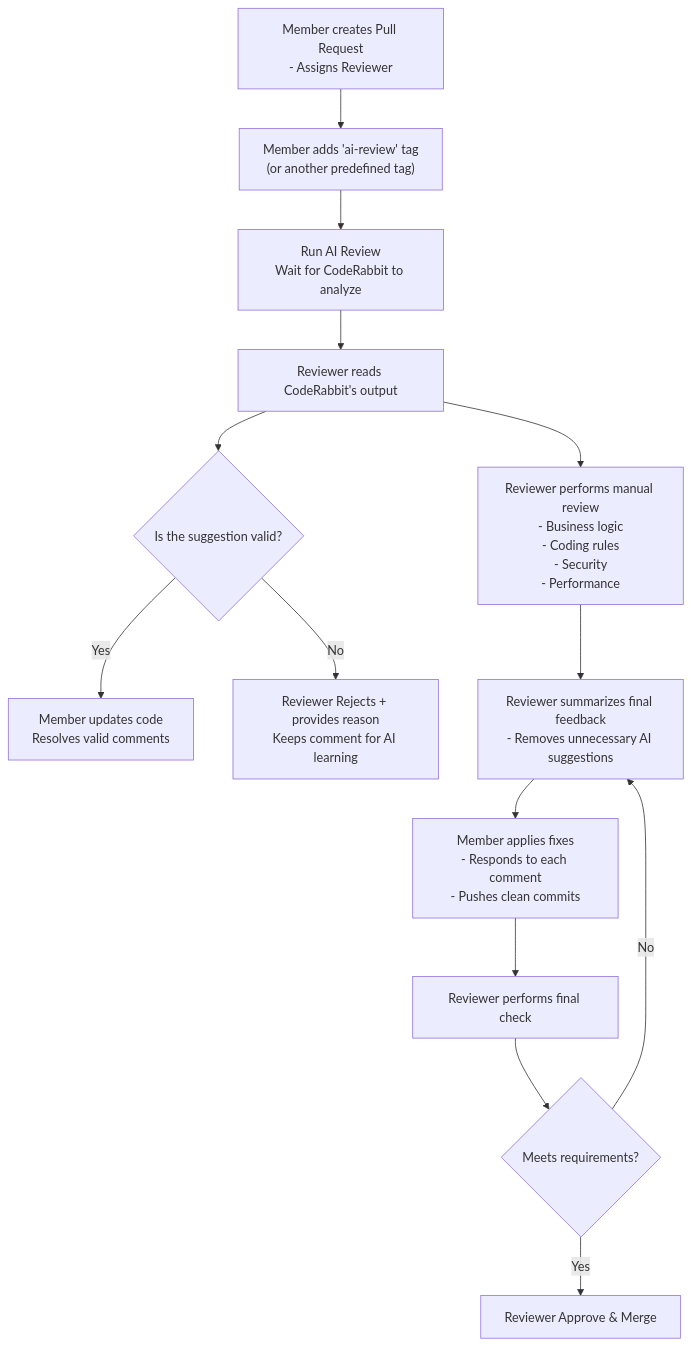
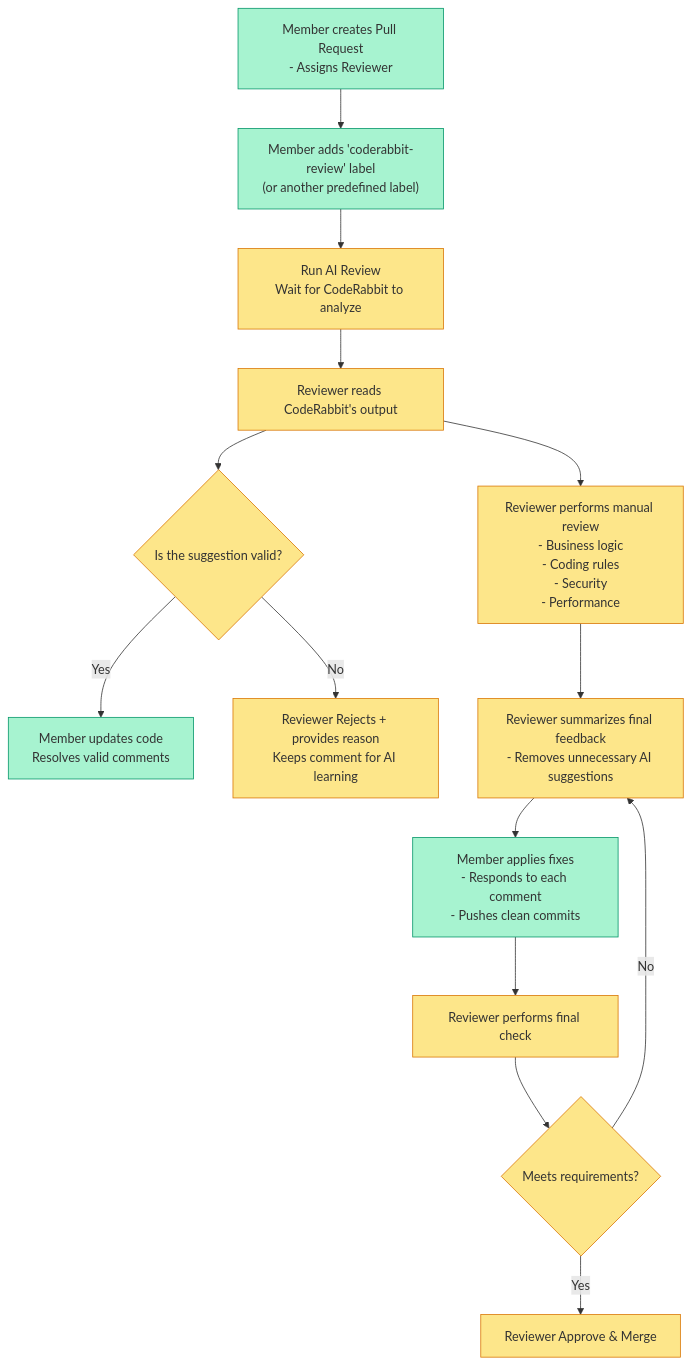
The diagram in README.md (BWV-Dev/bwv-code-review), drawn with Mermaid before and after one commit. The commit also changed other lines of this file, not shown here.

Commit message:
Adjust general review rules

````diff
--- a/README.md
+++ b/README.md
@@ -52,23 +54,40 @@
 ```mermaid
 graph TD
-    A["Member creates Pull Request<br/>- Assigns Reviewer"] --> B["Member adds 'ai-review' tag<br/>(or another predefined tag)"]
+    A["Member creates Pull Request<br/>- Assigns Reviewer"] --> B["Member adds 'coderabbit-review' label<br/>(or another predefined label)"]
     B --> C["Run AI Review<br/>Wait for CodeRabbit to analyze"]
     
     C --> D["Reviewer reads CodeRabbit's output"]
     D --> D1{"Is the suggestion valid?"}
     
     D1 -->|Yes| D2["Member updates code<br/>Resolves valid comments"]
     D1 -->|No| D3["Reviewer Rejects + provides reason<br/>Keeps comment for AI learning"]
     
     D --> E["Reviewer performs manual review<br/>- Business logic<br/>- Coding rules<br/>- Security<br/>- Performance"]
     
     E --> F["Reviewer summarizes final feedback<br/>- Removes unnecessary AI suggestions"]
     
     F --> G["Member applies fixes<br/>- Responds to each comment<br/>- Pushes clean commits"]
     
     G --> H["Reviewer performs final check"]
     
     H --> H1{"Meets requirements?"}
     H1 -->|No| F
     H1 -->|Yes| I["Reviewer Approve & Merge"]
+
+    %% Member nodes (green)
+    style A fill:#A7F3D0,stroke:#059669,stroke-width:1px
+    style B fill:#A7F3D0,stroke:#059669,stroke-width:1px
+    style D2 fill:#A7F3D0,stroke:#059669,stroke-width:1px
+    style G fill:#A7F3D0,stroke:#059669,stroke-width:1px
+
+    %% Reviewer/Leader nodes (yellow)
+    style C fill:#FDE68A,stroke:#D97706,stroke-width:1px
+    style D fill:#FDE68A,stroke:#D97706,stroke-width:1px
+    style D1 fill:#FDE68A,stroke:#D97706,stroke-width:1px
+    style D3 fill:#FDE68A,stroke:#D97706,stroke-width:1px
+    style E fill:#FDE68A,stroke:#D97706,stroke-width:1px
+    style F fill:#FDE68A,stroke:#D97706,stroke-width:1px
+    style H fill:#FDE68A,stroke:#D97706,stroke-width:1px
+    style H1 fill:#FDE68A,stroke:#D97706,stroke-width:1px
+    style I fill:#FDE68A,stroke:#D97706,stroke-width:1px
 ```
````
